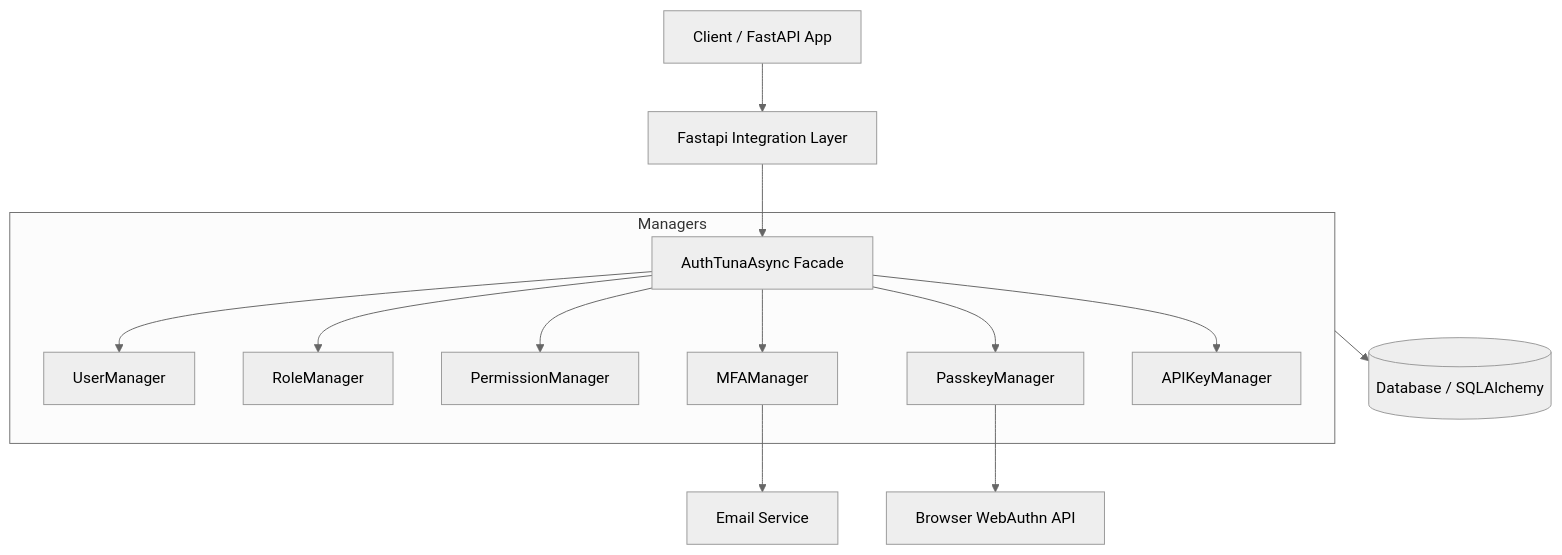
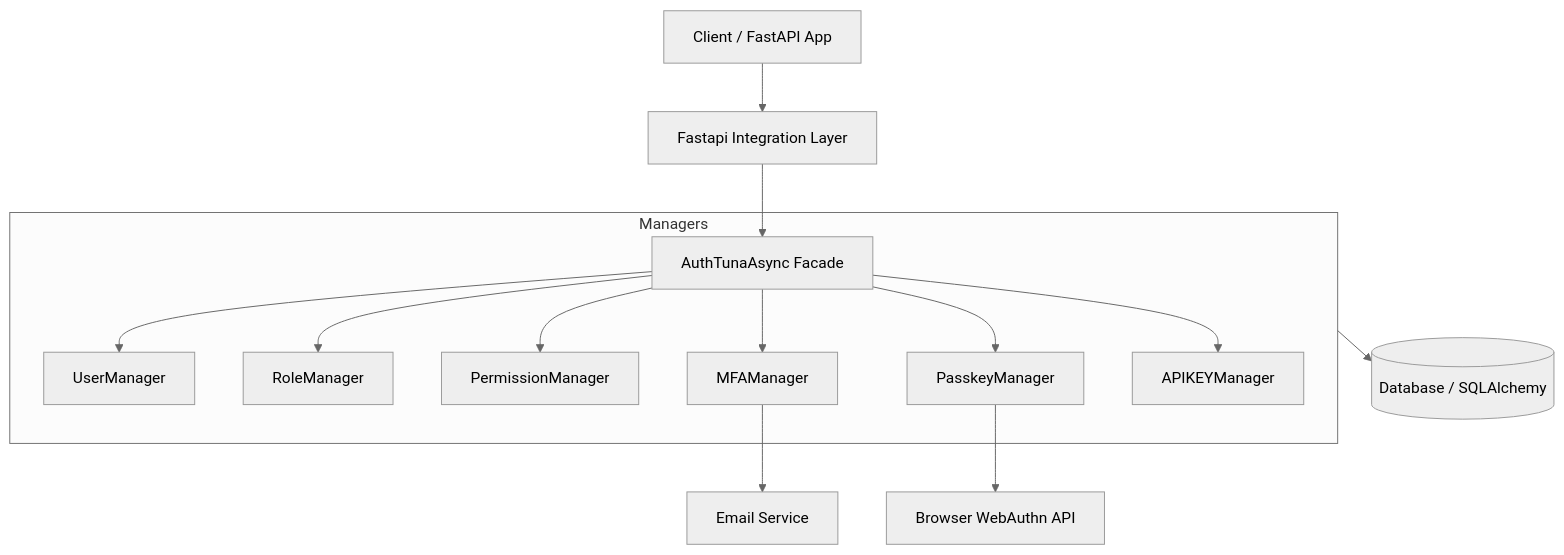
Before and after one commit to shashstormer/AuthTuna: the first of 4 diagrams in authtuna/.agents/skills/authtuna/references/ARCHITECTURE.md, drawn with Mermaid (neutral theme). The commit also changed other lines of this file and 4 other files, not shown here.

Commit message:
updated some technical details on security architecture

````diff
--- a/authtuna/.agents/skills/authtuna/references/ARCHITECTURE.md
+++ b/authtuna/.agents/skills/authtuna/references/ARCHITECTURE.md
@@ -9,18 +9,18 @@
 ```mermaid
 graph TD
     Client[Client / FastAPI App] --> Integration[Fastapi Integration Layer]
     Integration --> auth_service[AuthTunaAsync Facade]
     
     subgraph Managers
         auth_service --> users[UserManager]
         auth_service --> roles[RoleManager]
         auth_service --> permissions[PermissionManager]
         auth_service --> mfa[MFAManager]
         auth_service --> passkeys[PasskeyManager]
-        auth_service --> api[APIKeyManager]
+        auth_service --> api[APIKEYManager]
     end
     
     Managers --> DB[(Database / SQLAlchemy)]
     mfa --> Email[Email Service]
     passkeys --> WebAuthn[Browser WebAuthn API]
 ```
````
